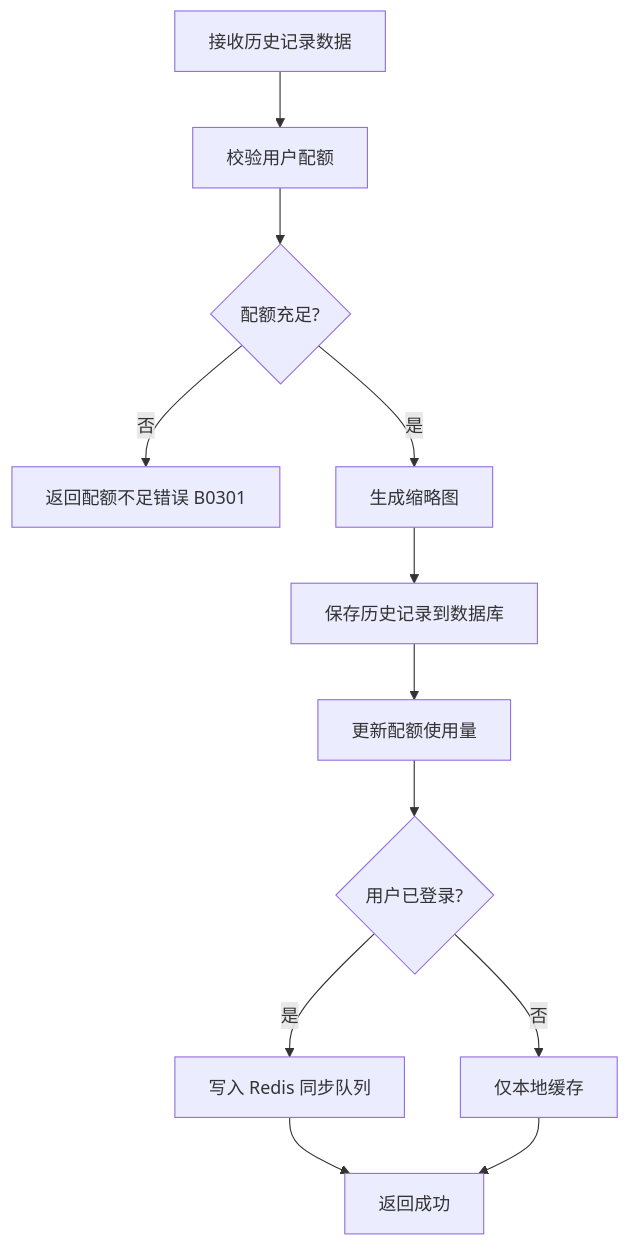
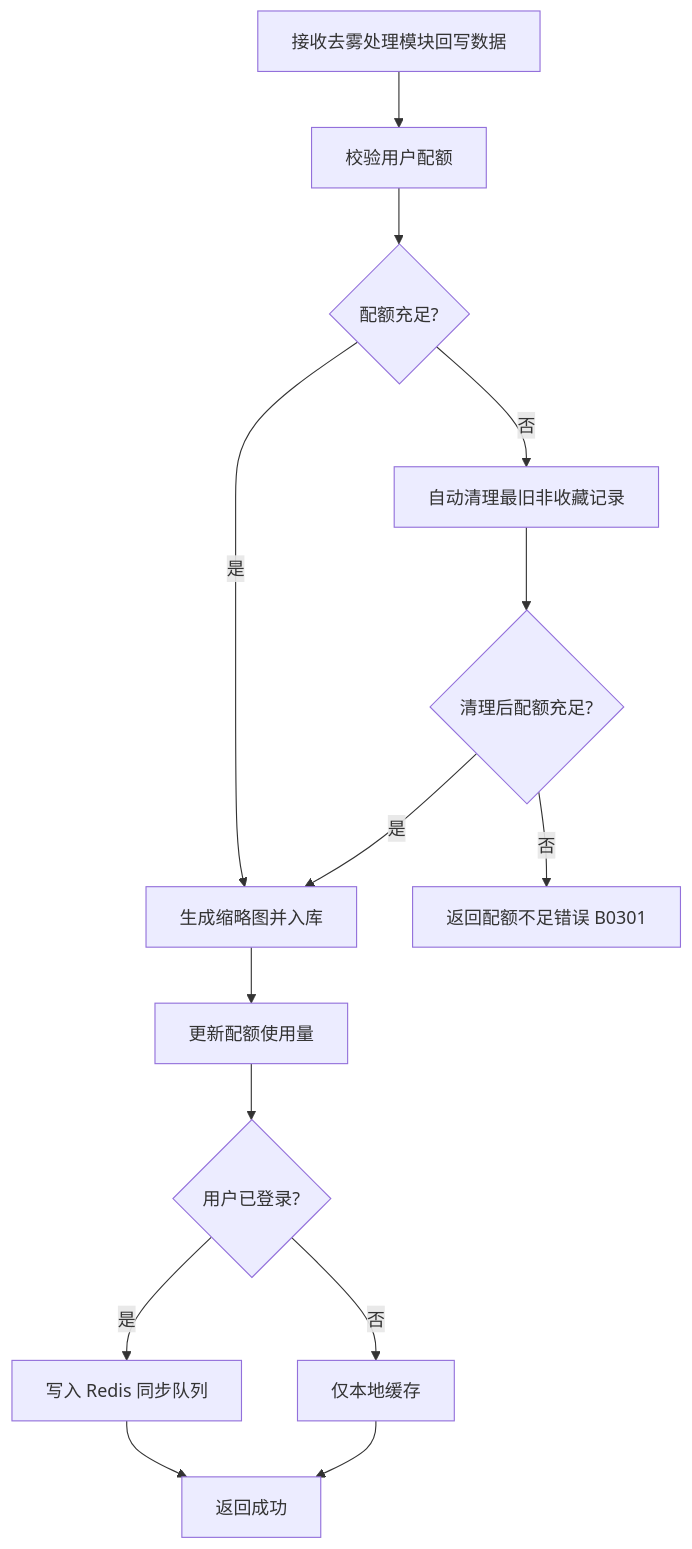
Before and after one commit to earthy-zinc/dehaze-system: the second of 4 diagrams in dehaze-doc/docs/03-模块设计/核心模块/图像输入/后端实现.md, drawn with Mermaid. The commit also changed other lines of this file and 128 other files, not shown here.

````diff
--- a/dehaze-doc/docs/03-模块设计/核心模块/图像输入/后端实现.md
+++ b/dehaze-doc/docs/03-模块设计/核心模块/图像输入/后端实现.md
@@ -127,14 +93,16 @@
 ```mermaid
 graph TD
-    A[接收历史记录数据] --> B[校验用户配额]
+    A[接收去雾处理模块回写数据] --> B[校验用户配额]
     B --> C{配额充足?}
-    C -->|否| D[返回配额不足错误 B0301]
-    C -->|是| E[生成缩略图]
-    E --> F[保存历史记录到数据库]
-    F --> G[更新配额使用量]
+    C -->|是| E[生成缩略图并入库]
+    C -->|否| D[自动清理最旧非收藏记录]
+    D --> D1{清理后配额充足?}
+    D1 -->|是| E
+    D1 -->|否| F[返回配额不足错误 B0301]
+    E --> G[更新配额使用量]
     G --> H{用户已登录?}
     H -->|是| I[写入 Redis 同步队列]
     H -->|否| J[仅本地缓存]
     I --> K[返回成功]
     J --> K
 ```
````
